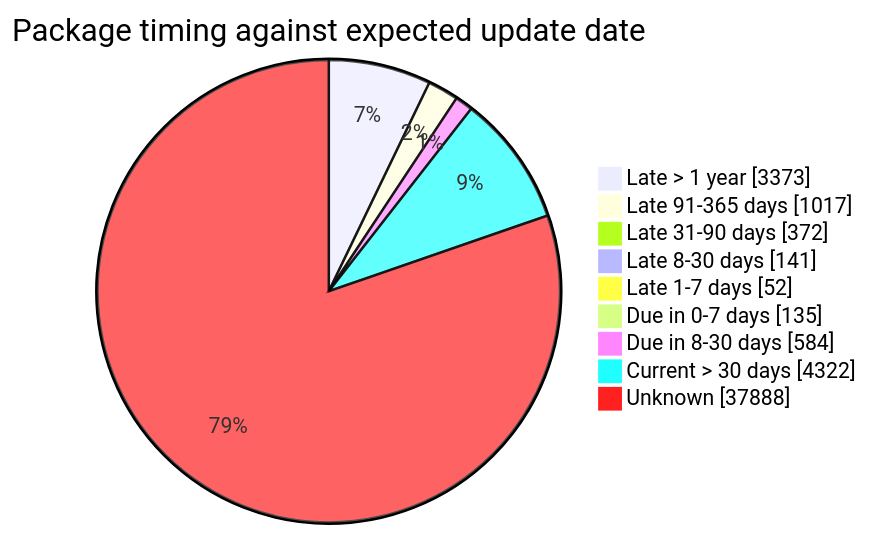
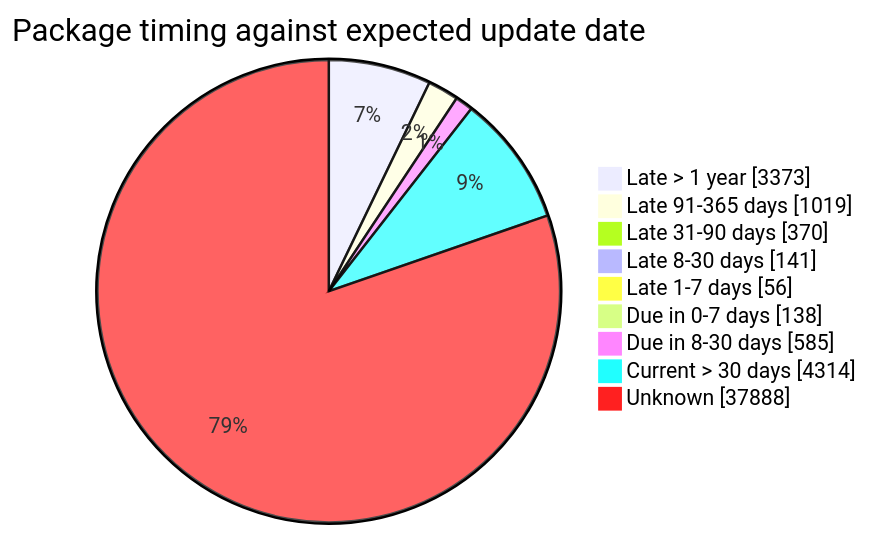
One commit to open-data/analytics-corporate-reporting changed the fourth of 5 diagrams in FreshCheck/README.md. Above: the diagram before and after it, drawn with Mermaid. The commit also changed other lines of this file and 3 other files, not shown here.

````diff
--- a/FreshCheck/README.md
+++ b/FreshCheck/README.md
@@ -86,12 +86,12 @@
 ```mermaid
 pie showData title Package timing against expected update date
     "Late > 1 year": 3373
-    "Late 91-365 days": 1017
-    "Late 31-90 days": 372
+    "Late 91-365 days": 1019
+    "Late 31-90 days": 370
     "Late 8-30 days": 141
-    "Late 1-7 days": 52
-    "Due in 0-7 days": 135
-    "Due in 8-30 days": 584
-    "Current > 30 days": 4322
+    "Late 1-7 days": 56
+    "Due in 0-7 days": 138
+    "Due in 8-30 days": 585
+    "Current > 30 days": 4314
     "Unknown": 37888
 ```
````
